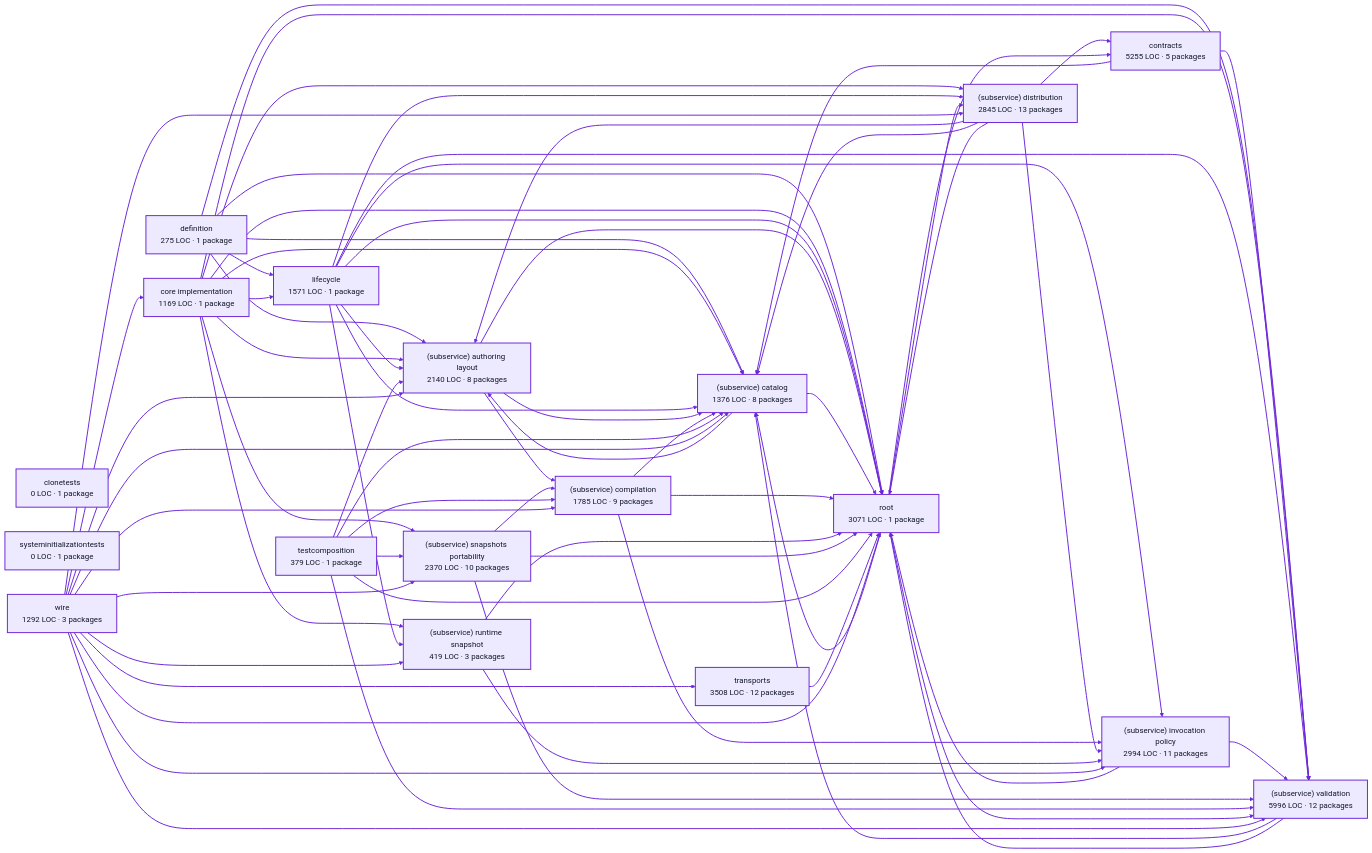
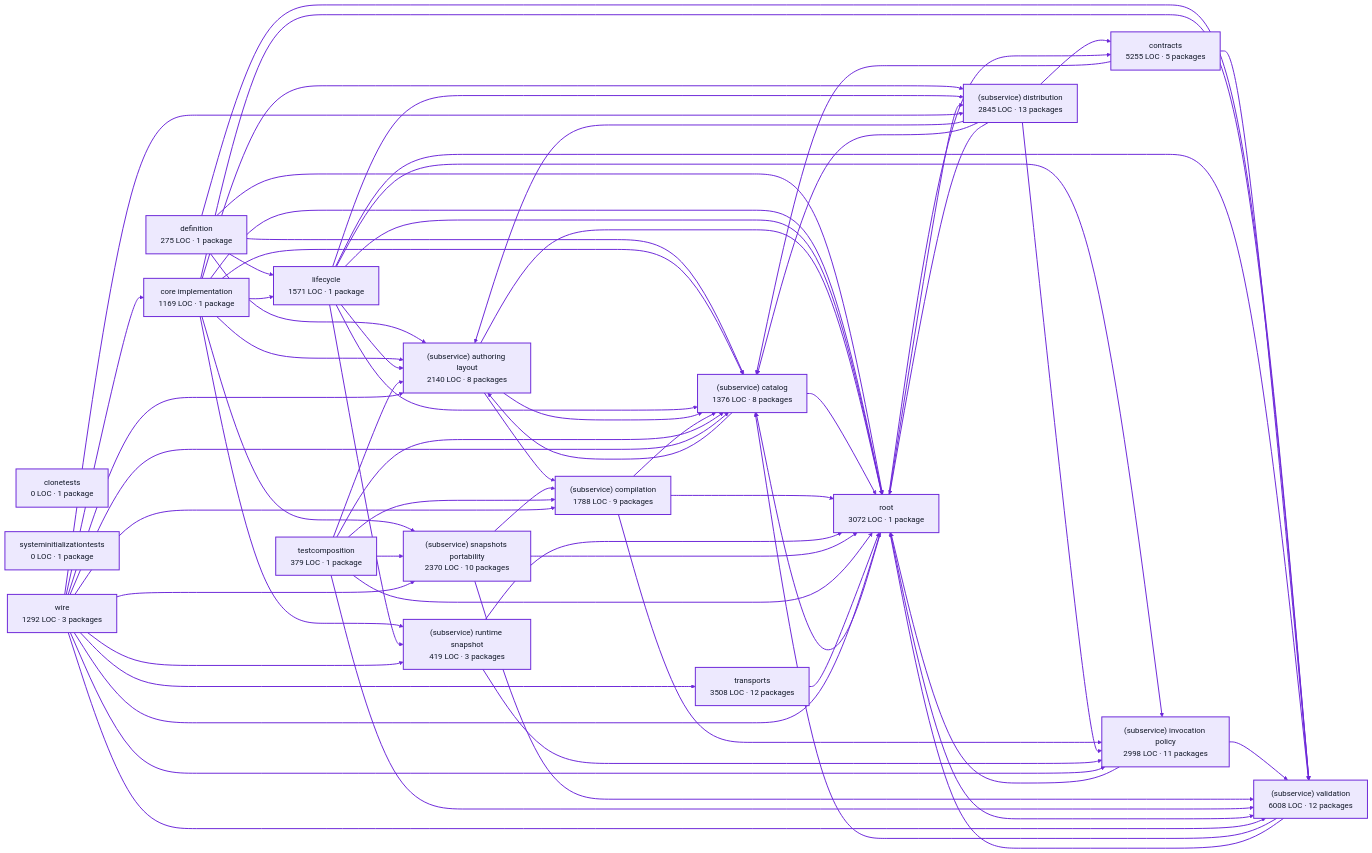
One commit to portpowered/you-agent-factory changed the diagram in docs/architecture/visualizations/services/factory_definitions.md. Above: the diagram before and after it, drawn with Mermaid. The commit also changed other lines of this file and 20 other files, not shown here.

Commit message:
docs: refresh backend architecture visualizations

```diff
--- a/docs/architecture/visualizations/services/factory_definitions.md
+++ b/docs/architecture/visualizations/services/factory_definitions.md
@@ -17,14 +17,14 @@
   p4["lifecycle<br/>1571 LOC · 1 package"]
   p5["(subservice) authoring layout<br/>2140 LOC · 8 packages"]
   p6["(subservice) catalog<br/>1376 LOC · 8 packages"]
-  p7["(subservice) compilation<br/>1785 LOC · 9 packages"]
+  p7["(subservice) compilation<br/>1788 LOC · 9 packages"]
   p8["(subservice) distribution<br/>2845 LOC · 13 packages"]
-  p9["(subservice) invocation policy<br/>2994 LOC · 11 packages"]
+  p9["(subservice) invocation policy<br/>2998 LOC · 11 packages"]
   p10["(subservice) runtime snapshot<br/>419 LOC · 3 packages"]
   p11["(subservice) snapshots portability<br/>2370 LOC · 10 packages"]
-  p12["(subservice) validation<br/>5996 LOC · 12 packages"]
+  p12["(subservice) validation<br/>6008 LOC · 12 packages"]
   p13["testcomposition<br/>379 LOC · 1 package"]
-  p14["root<br/>3071 LOC · 1 package"]
+  p14["root<br/>3072 LOC · 1 package"]
   p15["systeminitializationtests<br/>0 LOC · 1 package"]
   p16["transports<br/>3508 LOC · 12 packages"]
   p17["wire<br/>1292 LOC · 3 packages"]
```
